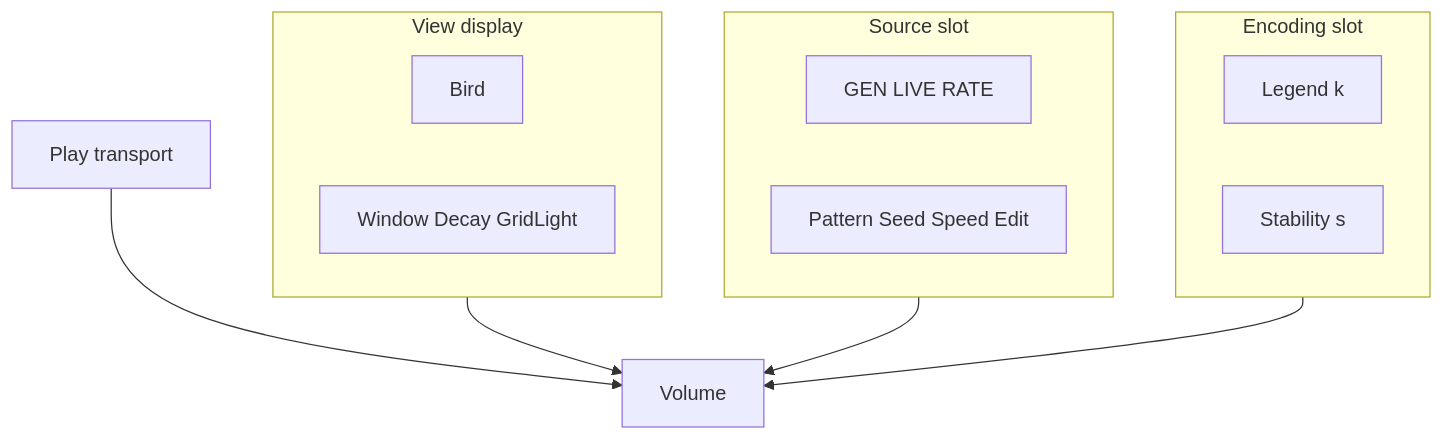
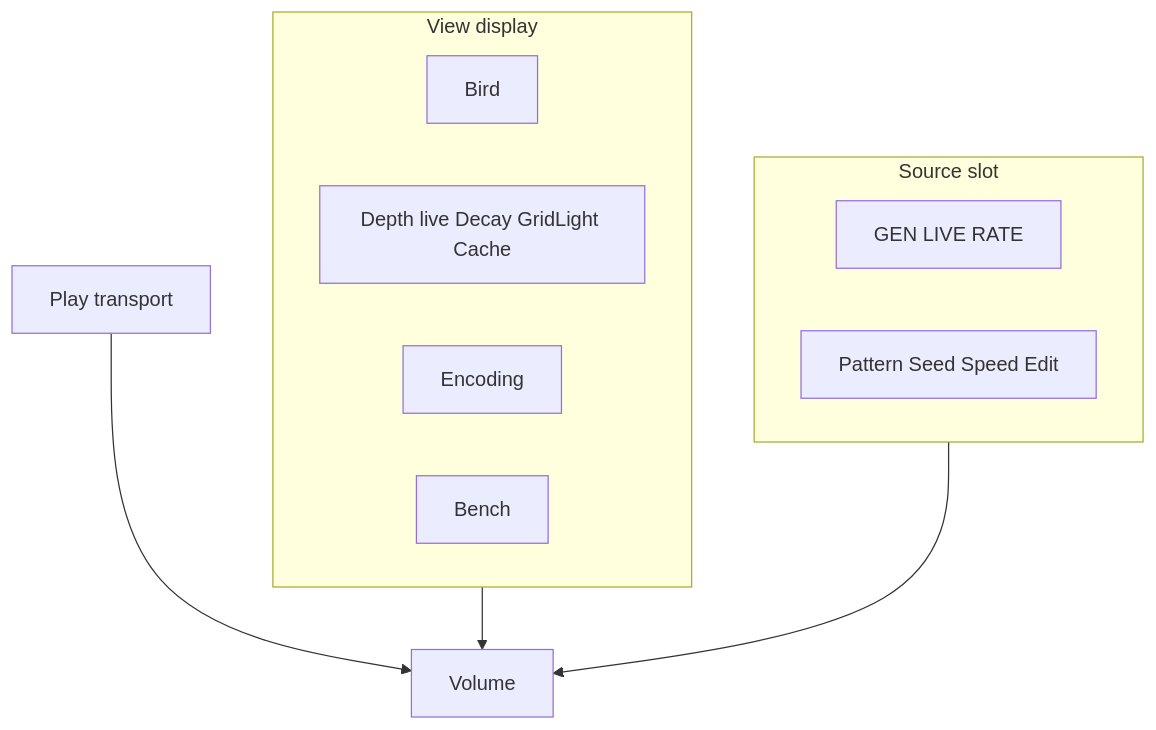
One commit to PiMaV/DONNER changed the fourth of 16 diagrams in architecture.md. Above: the diagram before and after it, drawn with Mermaid. The commit also changed other lines of this file and 30 other files, not shown here.

First line of the commit message:
Treat Pause as RAM-tape inspect with a Z slab so Live stays a Depth wake and still lives do not grow endless towers.

````diff
--- a/architecture.md
+++ b/architecture.md
@@ -69,20 +87,17 @@
 ```mermaid
 flowchart TB
   subgraph view [View display]
     bird[Bird]
-    win[Window Decay GridLight]
+    win[Depth live Decay GridLight Cache]
+    enc[Encoding]
+    bench[Bench]
   end
   subgraph source [Source slot]
     gen[GEN LIVE RATE]
     conway[Pattern Seed Speed Edit]
   end
-  subgraph encoding [Encoding slot]
-    lut[Legend k]
-    fill[Stability s]
-  end
   view --> volume[Volume]
   playT[Play transport]
   playT --> volume
   source --> volume
-  encoding --> volume
 ```
````
